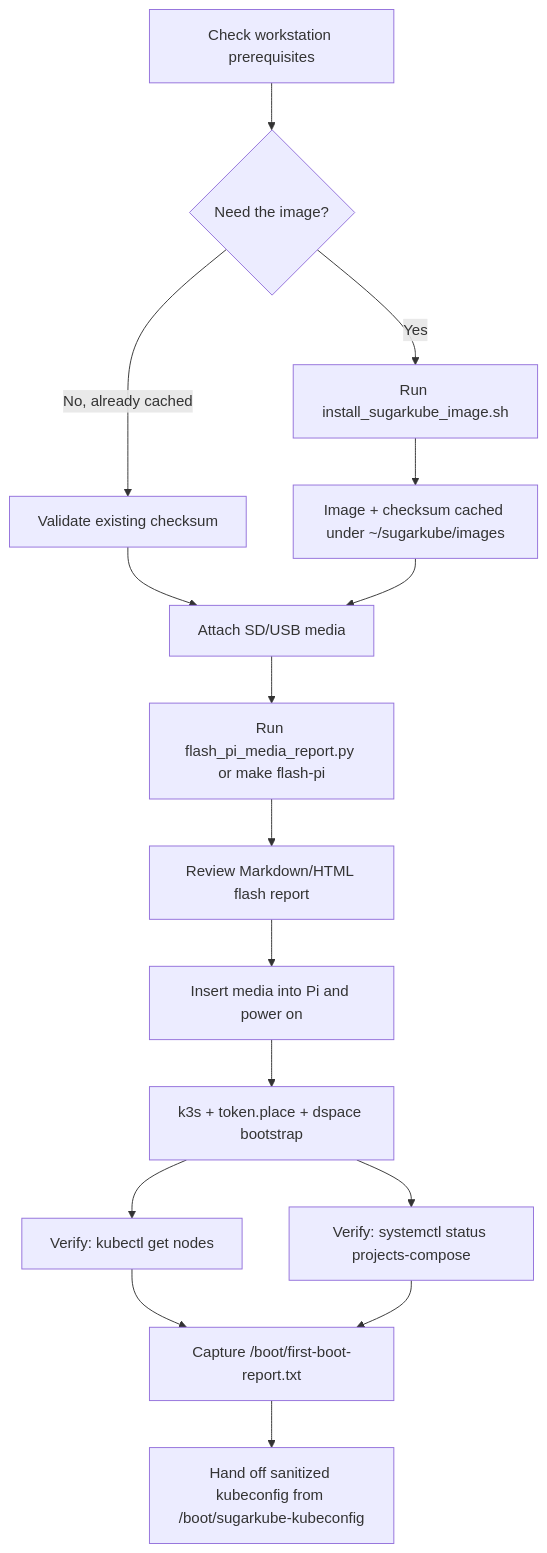
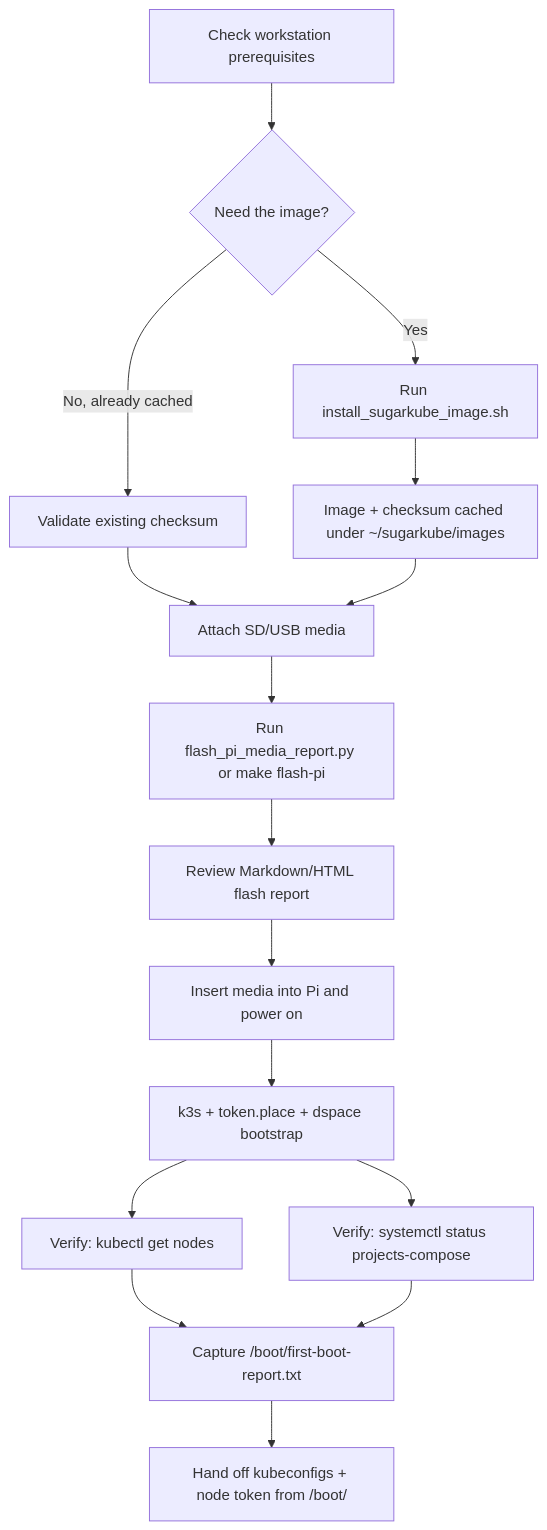
One commit to futuroptimist/sugarkube changed the first of 2 diagrams in docs/pi_image_flowcharts.md. Above: the diagram before and after it, drawn with Mermaid. The commit also changed other lines of this file and 12 other files, not shown here.

Commit message:
Add boot recovery kubeconfig and token exports

````diff
--- a/docs/pi_image_flowcharts.md
+++ b/docs/pi_image_flowcharts.md
@@ -9,18 +9,18 @@
 ```mermaid
 flowchart TD
     A[Check workstation prerequisites] --> B{Need the image?}
     B -- No, already cached --> C[Validate existing checksum]
     B -- Yes --> D[Run install_sugarkube_image.sh]
     D --> E[Image + checksum cached under ~/sugarkube/images]
     C --> F[Attach SD/USB media]
     E --> F
     F --> G[Run flash_pi_media_report.py or make flash-pi]
     G --> H[Review Markdown/HTML flash report]
     H --> I[Insert media into Pi and power on]
     I --> J[k3s + token.place + dspace bootstrap]
     J --> K[Verify: kubectl get nodes]
     J --> L[Verify: systemctl status projects-compose]
     K --> M[Capture /boot/first-boot-report.txt]
     L --> M
-    M --> N[Hand off sanitized kubeconfig from /boot/sugarkube-kubeconfig]
+    M --> N[Hand off kubeconfigs + node token from /boot/]
 ```
````
